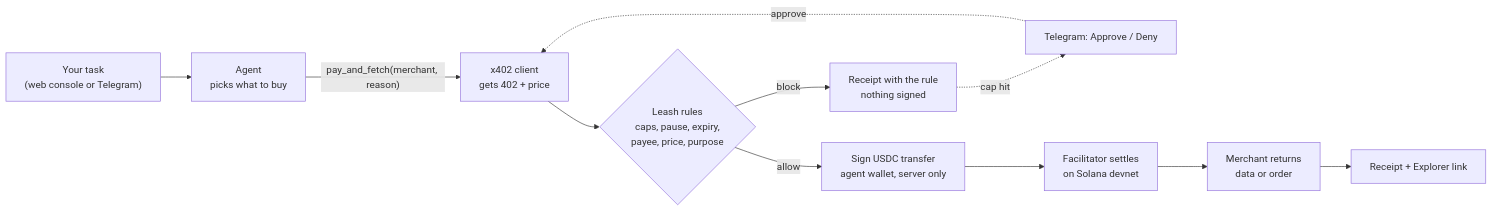
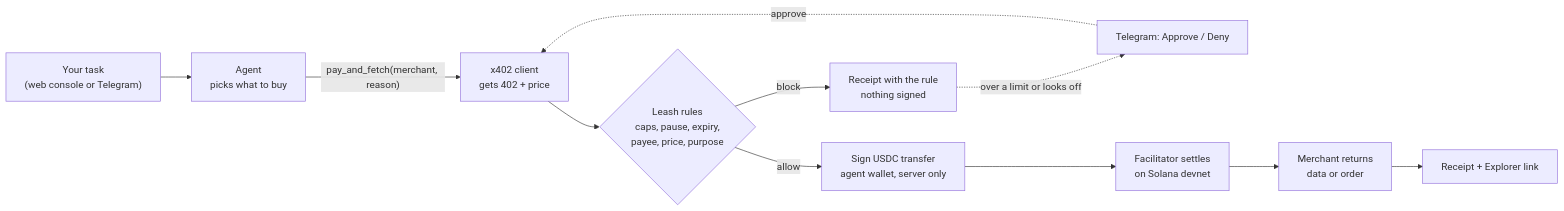
Before and after one commit to roytan355/agent-expense-account: the diagram in README.md, drawn with Mermaid. The commit also changed other lines of this file and 5 other files, not shown here.

First line of the commit message:
Make checks always on, send anything that looks off to the owner, hide test switches behind ?demo

````diff
--- a/README.md
+++ b/README.md
@@ -43,13 +43,13 @@
 ```mermaid
 flowchart LR
     T["Your task<br/>(web console or Telegram)"] --> A["Agent<br/>picks what to buy"]
     A -->|"pay_and_fetch(merchant, reason)"| C["x402 client<br/>gets 402 + price"]
     C --> P{"Leash rules<br/>caps, pause, expiry,<br/>payee, price, purpose"}
     P -->|block| R1["Receipt with the rule<br/>nothing signed"]
-    R1 -.->|cap hit| TG["Telegram: Approve / Deny"]
+    R1 -.->|over a limit or looks off| TG["Telegram: Approve / Deny"]
     TG -.->|approve| C
     P -->|allow| S["Sign USDC transfer<br/>agent wallet, server only"]
     S --> F["Facilitator settles<br/>on Solana devnet"]
     F --> M["Merchant returns<br/>data or order"]
     M --> R2["Receipt + Explorer link"]
 ```
````
